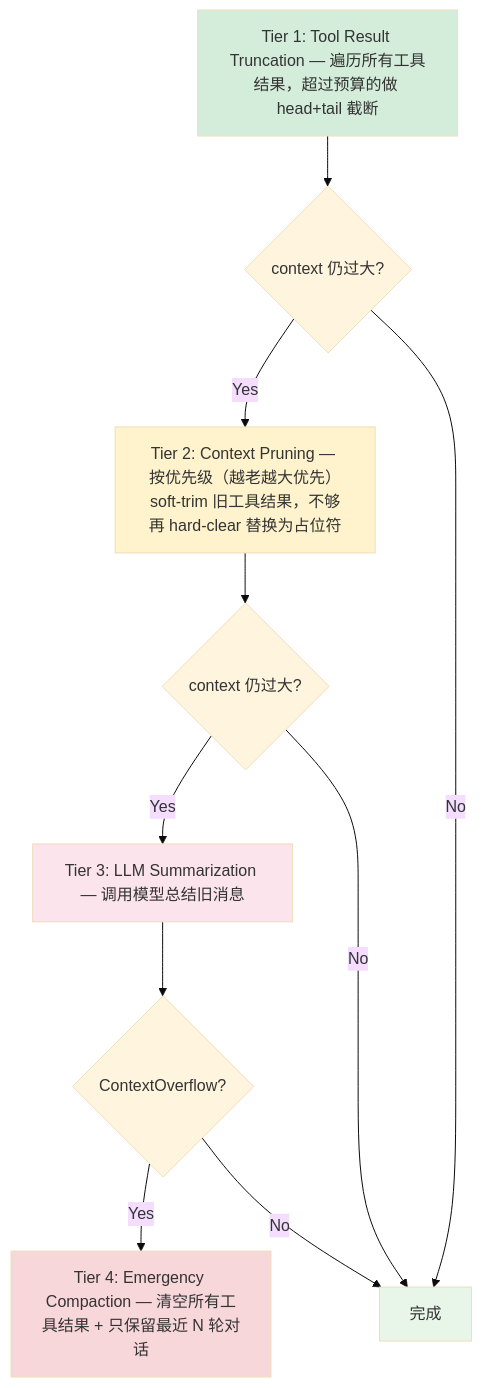
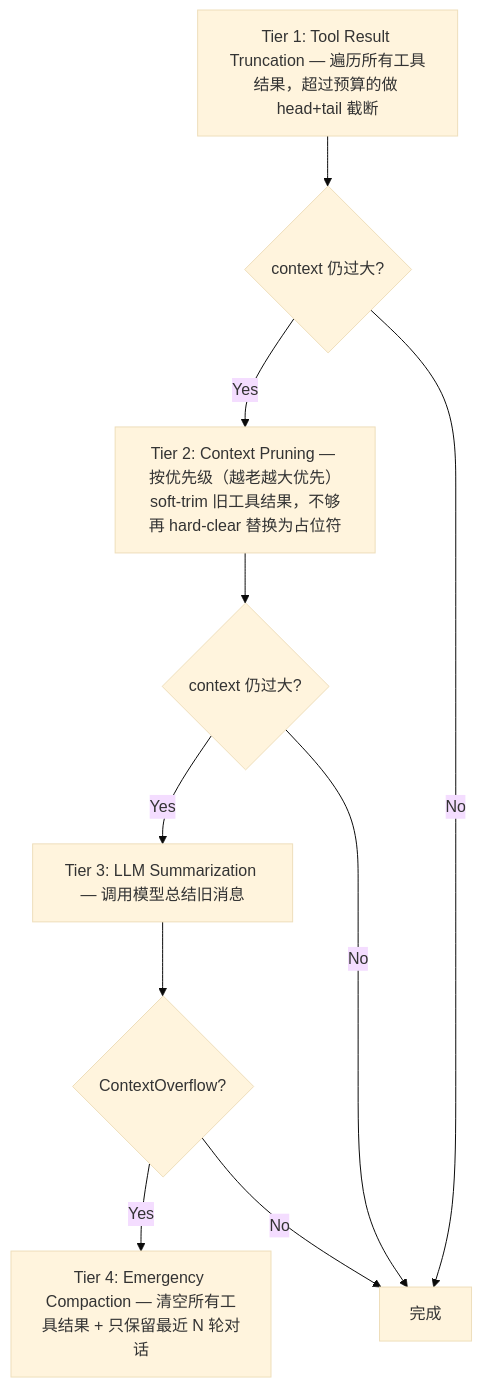
Before and after one commit to shiwenwen/hope-agent: the fourth of 4 diagrams in docs/architecture/prompt-system.md, drawn with Mermaid (base theme). The commit also changed other lines of this file and 13 other files, not shown here.

First line of the commit message:
docs: 移除 mermaid 图表中的自定义背景色填充

````diff
--- a/docs/architecture/prompt-system.md
+++ b/docs/architecture/prompt-system.md
@@ -385,18 +377,13 @@
 ```mermaid
 flowchart TD
     T1["Tier 1: Tool Result Truncation — 遍历所有工具结果，超过预算的做 head+tail 截断"] --> C1{"context 仍过大?"}
     C1 -- Yes --> T2["Tier 2: Context Pruning — 按优先级（越老越大优先）soft-trim 旧工具结果，不够再 hard-clear 替换为占位符"]
     C1 -- No --> Done["完成"]
     T2 --> C2{"context 仍过大?"}
     C2 -- Yes --> T3["Tier 3: LLM Summarization — 调用模型总结旧消息"]
     C2 -- No --> Done
     T3 --> C3{"ContextOverflow?"}
     C3 -- Yes --> T4["Tier 4: Emergency Compaction — 清空所有工具结果 + 只保留最近 N 轮对话"]
     C3 -- No --> Done
 
-    style T1 fill:#d4edda
-    style T2 fill:#fff3cd
-    style T3 fill:#fce4ec
-    style T4 fill:#f8d7da
-    style Done fill:#e8f5e9
 ```
````
